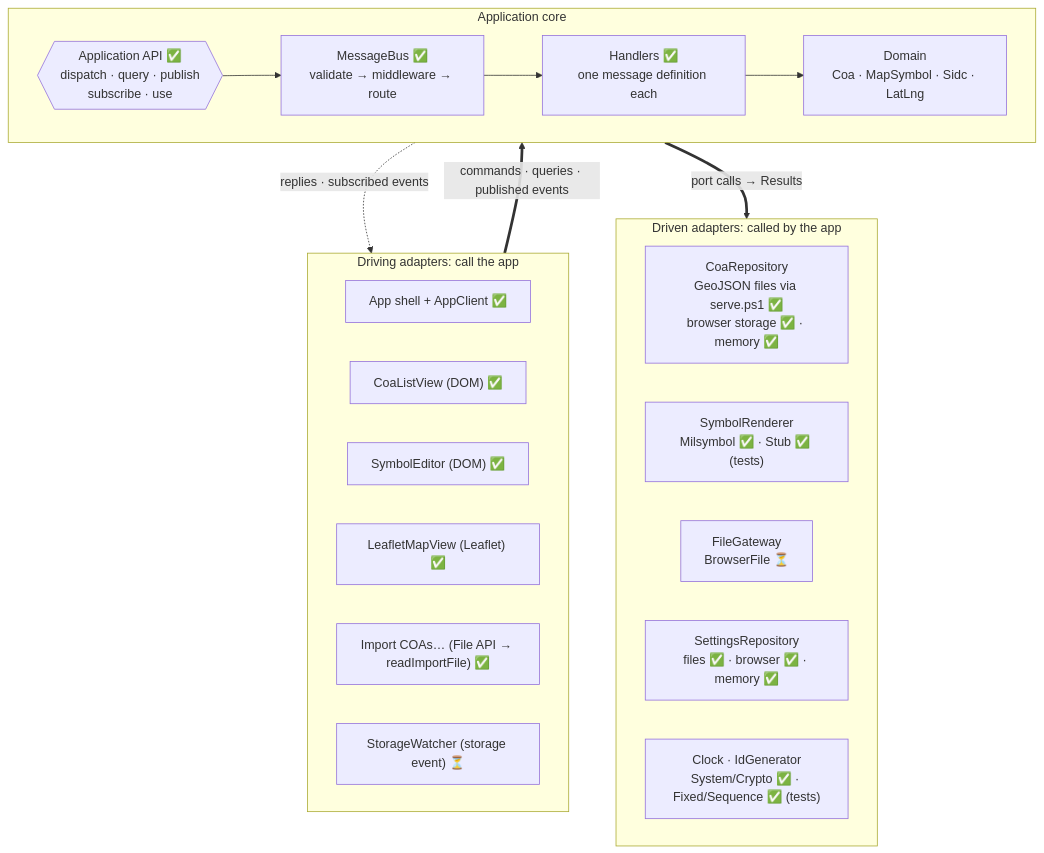
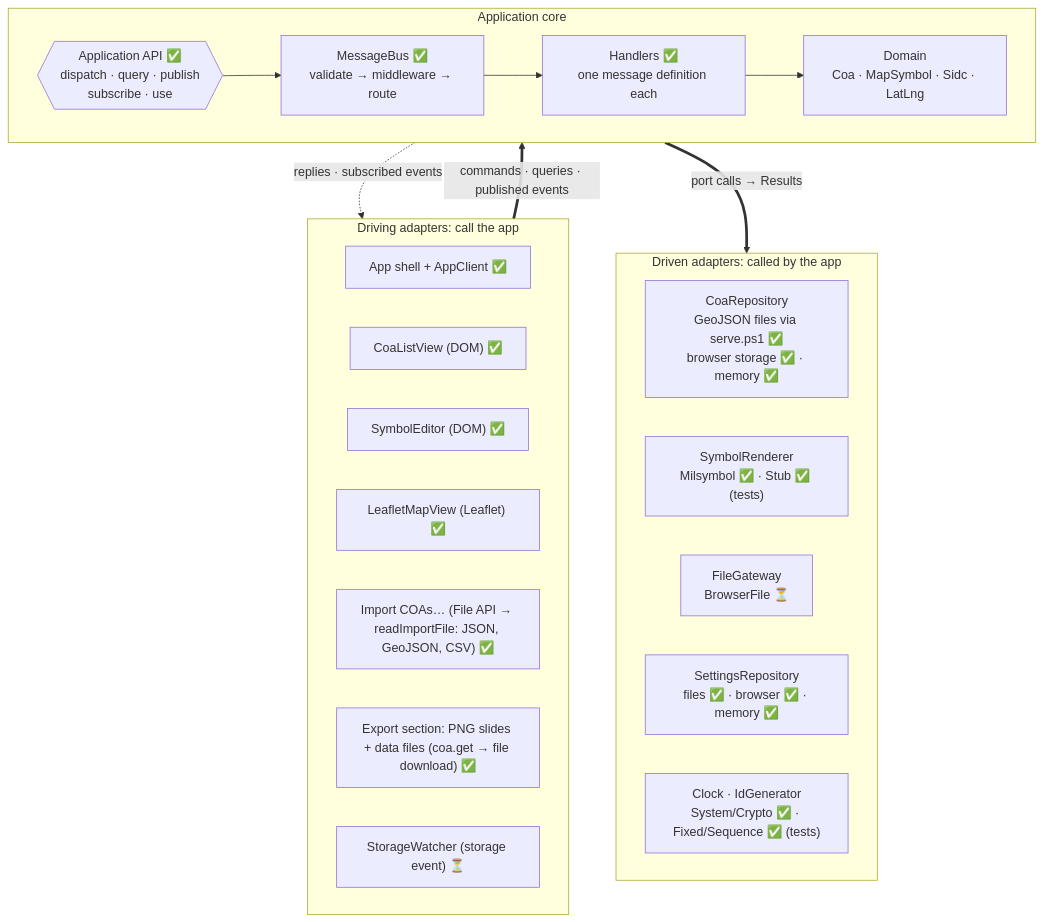
The first of 9 diagrams in docs/ARCHITECTURE.md (kentongoldthorpe/sidc), drawn with Mermaid before and after one commit. The commit also changed other lines of this file and 16 other files, not shown here.

First line of the commit message:
Data export (JSON, GeoJSON, CSV) and CSV/GeoJSON import

````diff
--- a/docs/ARCHITECTURE.md
+++ b/docs/ARCHITECTURE.md
@@ -16,34 +16,35 @@
 ```mermaid
 flowchart TB
   subgraph driving["Driving adapters: call the app"]
     direction LR
     SHELL["App shell + AppClient ✅"]
     LIST["CoaListView (DOM) ✅"]
     EDITOR["SymbolEditor (DOM) ✅"]
     MAP["LeafletMapView (Leaflet) ✅"]
-    IMPORT["Import COAs… (File API → readImportFile) ✅"]
+    IMPORT["Import COAs… (File API → readImportFile: JSON, GeoJSON, CSV) ✅"]
+    EXPORTV["Export section: PNG slides + data files (coa.get → file download) ✅"]
     WATCH["StorageWatcher (storage event) ⏳"]
   end
 
   subgraph core["Application core"]
     direction LR
     API{{"Application API ✅<br/>dispatch · query · publish<br/>subscribe · use"}}
     BUS["MessageBus ✅<br/>validate → middleware → route"]
     HANDLERS["Handlers ✅<br/>one message definition each"]
     DOMAIN["Domain<br/>Coa · MapSymbol · Sidc · LatLng"]
     API --> BUS --> HANDLERS --> DOMAIN
   end
 
   subgraph driven["Driven adapters: called by the app"]
     direction LR
     REPO["CoaRepository<br/>GeoJSON files via serve.ps1 ✅<br/>browser storage ✅ · memory ✅"]
     RENDER["SymbolRenderer<br/>Milsymbol ✅ · Stub ✅ (tests)"]
     FILES["FileGateway<br/>BrowserFile ⏳"]
     SETTINGS["SettingsRepository<br/>files ✅ · browser ✅ · memory ✅"]
     SYS["Clock · IdGenerator<br/>System/Crypto ✅ · Fixed/Sequence ✅ (tests)"]
   end
 
   driving == "commands · queries · published events" ==> API
   API -. "replies · subscribed events" .-> driving
   HANDLERS == "port calls → Results" ==> driven
 ```
````
